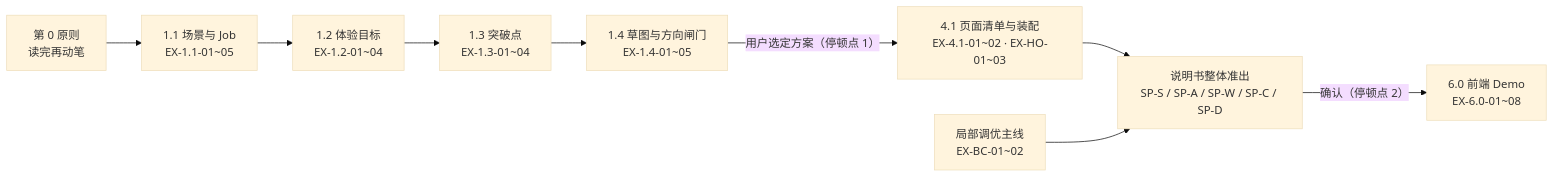
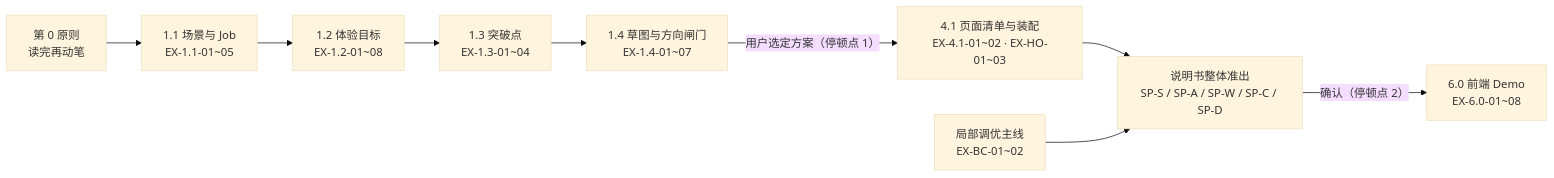
The diagram in 04-workflows-and-cases/准出门禁总表.md (wangjue2026/skill-designer-prism), drawn with Mermaid (base theme) before and after one commit. The commit also changed other lines of this file and 12 other files, not shown here.

````diff
--- a/04-workflows-and-cases/准出门禁总表.md
+++ b/04-workflows-and-cases/准出门禁总表.md
@@ -19,11 +19,11 @@
 ```mermaid
 graph LR
   R["第 0 原则<br/>读完再动笔"] --> A1["1.1 场景与 Job<br/>EX-1.1-01~05"]
-  A1 --> A2["1.2 体验目标<br/>EX-1.2-01~04"]
+  A1 --> A2["1.2 体验目标<br/>EX-1.2-01~08"]
   A2 --> A3["1.3 突破点<br/>EX-1.3-01~04"]
-  A3 --> A4["1.4 草图与方向闸门<br/>EX-1.4-01~05"]
+  A3 --> A4["1.4 草图与方向闸门<br/>EX-1.4-01~07"]
   A4 -->|"用户选定方案（停顿点 1）"| A41["4.1 页面清单与装配<br/>EX-4.1-01~02 · EX-HO-01~03"]
   A41 --> SP["说明书整体准出<br/>SP-S / SP-A / SP-W / SP-C / SP-D"]
   SP -->|"确认（停顿点 2）"| C["6.0 前端 Demo<br/>EX-6.0-01~08"]
   T["局部调优主线<br/>EX-BC-01~02"] --> SP
 ```
````
